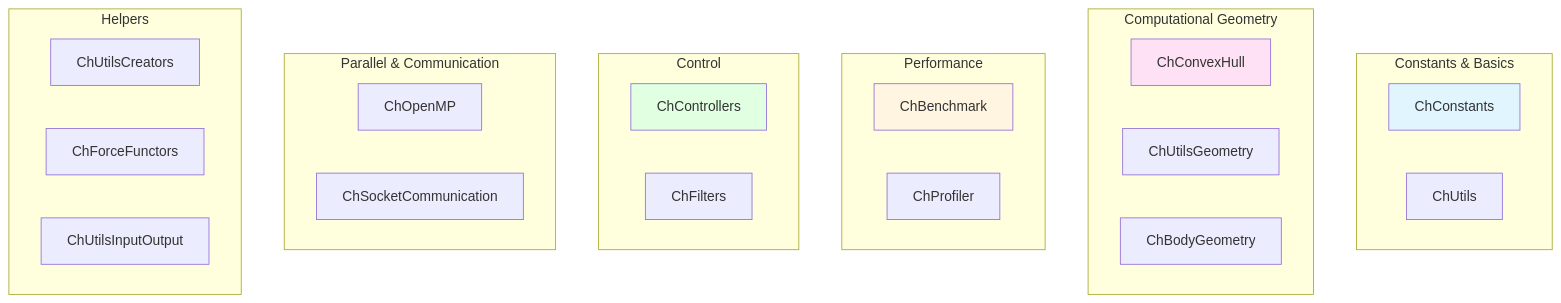
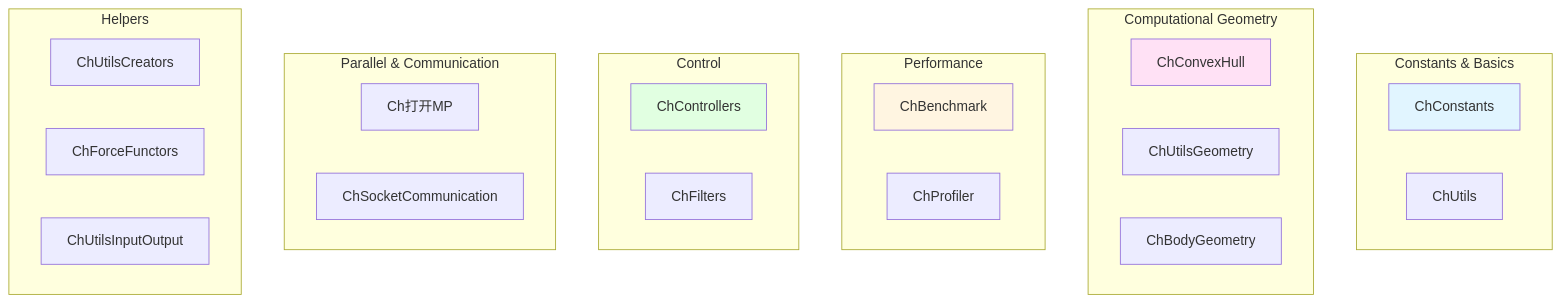
The diagram in readings/folder-analysis-utils.md (fancifulland2718/chrono), drawn with Mermaid before and after one commit. The commit also changed other lines of this file and 10 other files, not shown here.

````diff
--- a/readings/folder-analysis-utils.md
+++ b/readings/folder-analysis-utils.md
@@ -74,39 +74,39 @@
 ```mermaid
 graph TB
     subgraph "Constants & Basics"
         CONST[ChConstants]
         UTIL[ChUtils]
     end
     
     subgraph "Computational Geometry"
         HULL[ChConvexHull]
         GEOM[ChUtilsGeometry]
         BODYGEOM[ChBodyGeometry]
     end
     
     subgraph "Performance"
         BENCH[ChBenchmark]
         PROF[ChProfiler]
     end
     
     subgraph "Control"
         CTRL[ChControllers]
         FILT[ChFilters]
     end
     
     subgraph "Parallel & Communication"
-        OMP[ChOpenMP]
+        OMP[Ch打开MP]
         SOCK[ChSocketCommunication]
     end
     
     subgraph "Helpers"
         CREATE[ChUtilsCreators]
         FORCE[ChForceFunctors]
         IO[ChUtilsInputOutput]
     end
     
     style CONST fill:#e1f5ff
     style HULL fill:#ffe1f5
     style BENCH fill:#fff5e1
     style CTRL fill:#e1ffe1
 ```
````
